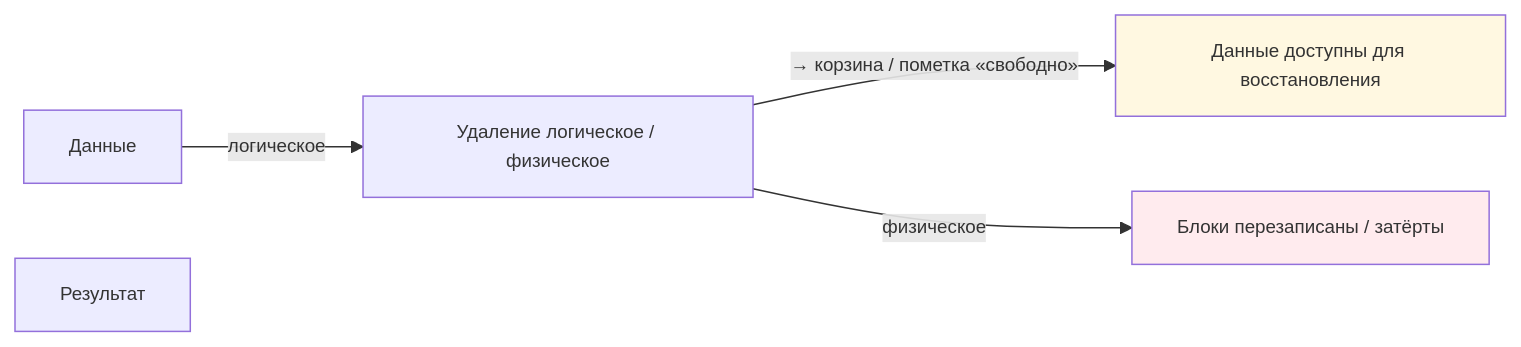
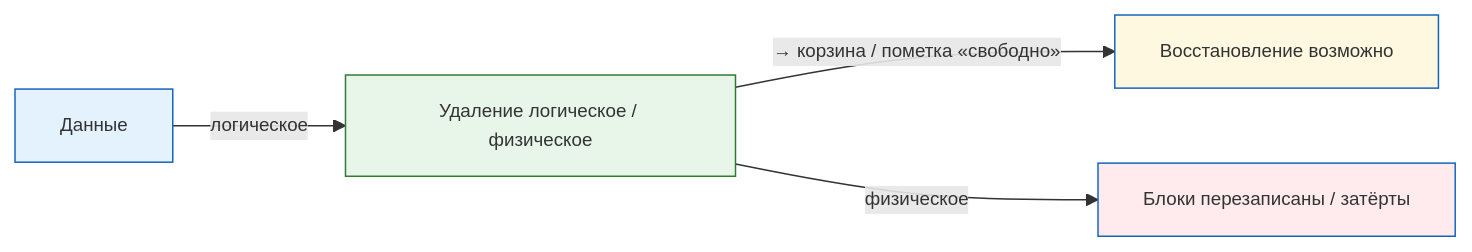
One commit to Spirzen/it-knowledge-base changed the fifth of 7 diagrams in docs/encyclopedia/1-basics/1-10-bazovye-operatsii-s-dannymi/4.md. Above: the diagram before and after it, drawn with Mermaid. The commit also changed other lines of this file and 1180 other files, not shown here.

````diff
--- a/docs/encyclopedia/1-basics/1-10-bazovye-operatsii-s-dannymi/4.md
+++ b/docs/encyclopedia/1-basics/1-10-bazovye-operatsii-s-dannymi/4.md
@@ -130,14 +169,17 @@
 ```mermaid
 %%{init: {"theme":"default", "themeVariables": {"fontSize":"12.5px"}}}%%
 flowchart LR
+    classDef src fill:#e3f2fd,stroke:#1565c0;
+    classDef op fill:#e8f5e9,stroke:#2e7d32;
+    classDef dst fill:#e3f2fd,stroke:#1565c0;
+
     S["Данные"]:::src
     O["Удаление логическое / физическое"]:::op
-    R["Результат"]:::dst
 
     S -->|логическое| O
-    O -->|→ корзина / пометка «свободно»| R1["Данные доступны для восстановления"]:::dst
+    O -->|→ корзина / пометка «свободно»| R1["Восстановление возможно"]:::dst
     O -->|физическое| R2["Блоки перезаписаны / затёрты"]:::dst
 
     style R1 fill:#fff8e1
     style R2 fill:#ffebee
 ```
````
